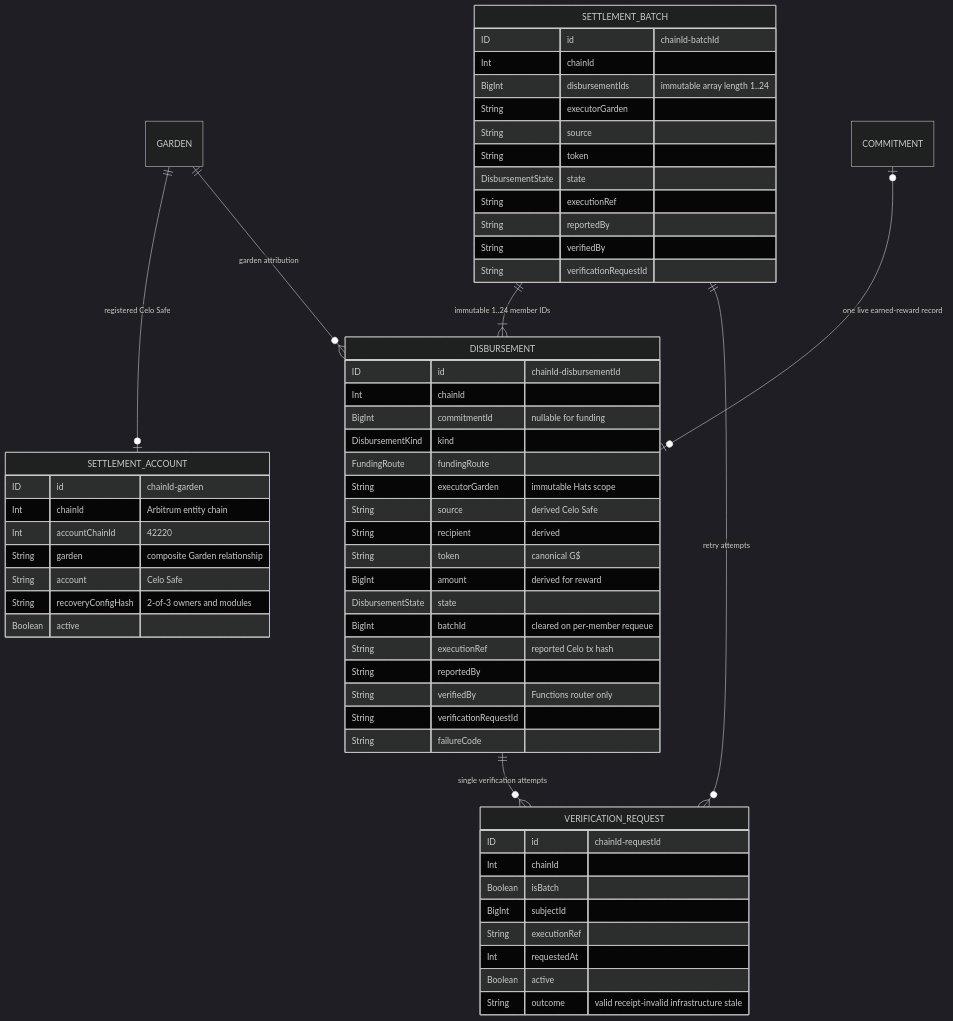
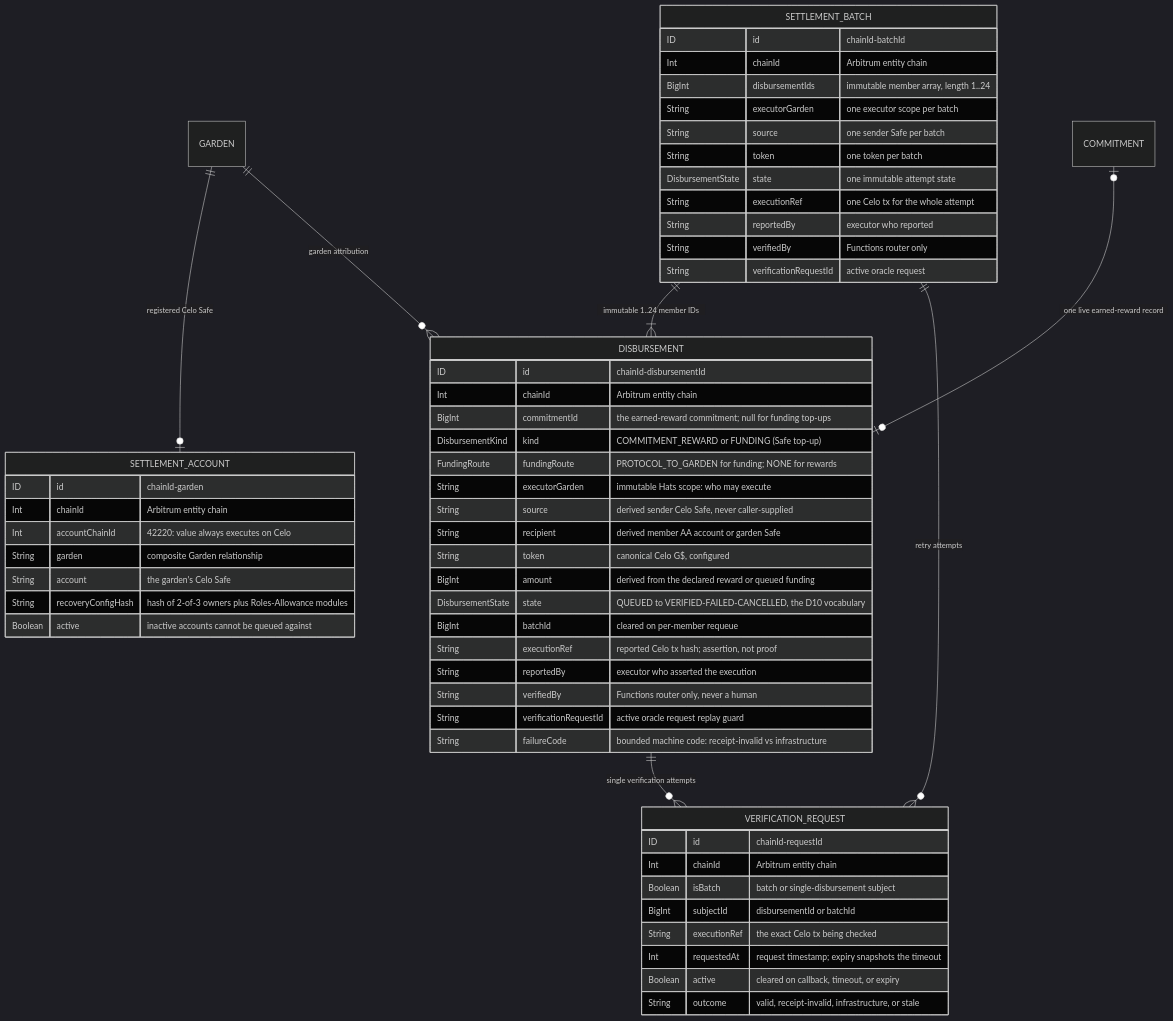
Before and after one commit to greenpill-dev-guild/green-goods: diagram 12 of 18 in .plans/active/commitment-pooling/diagrams.md, drawn with Mermaid (dark theme). The commit also changed other lines of this file and 20 other files, not shown here.

````diff
--- a/.plans/active/commitment-pooling/diagrams.md
+++ b/.plans/active/commitment-pooling/diagrams.md
@@ -474,61 +584,61 @@
 ```mermaid
 erDiagram
   GARDEN ||--o| SETTLEMENT_ACCOUNT : "registered Celo Safe"
   GARDEN ||--o{ DISBURSEMENT : "garden attribution"
   COMMITMENT |o--o| DISBURSEMENT : "one live earned-reward record"
   SETTLEMENT_BATCH ||--|{ DISBURSEMENT : "immutable 1..24 member IDs"
   SETTLEMENT_BATCH ||--o{ VERIFICATION_REQUEST : "retry attempts"
   DISBURSEMENT ||--o{ VERIFICATION_REQUEST : "single verification attempts"
 
   SETTLEMENT_ACCOUNT {
     ID id "chainId-garden"
     Int chainId "Arbitrum entity chain"
-    Int accountChainId "42220"
+    Int accountChainId "42220: value always executes on Celo"
     String garden "composite Garden relationship"
-    String account "Celo Safe"
-    String recoveryConfigHash "2-of-3 owners and modules"
-    Boolean active
+    String account "the garden's Celo Safe"
+    String recoveryConfigHash "hash of 2-of-3 owners plus Roles-Allowance modules"
+    Boolean active "inactive accounts cannot be queued against"
   }
   DISBURSEMENT {
     ID id "chainId-disbursementId"
-    Int chainId
-    BigInt commitmentId "nullable for funding"
-    DisbursementKind kind
-    FundingRoute fundingRoute
-    String executorGarden "immutable Hats scope"
-    String source "derived Celo Safe"
-    String recipient "derived"
-    String token "canonical G$"
-    BigInt amount "derived for reward"
-    DisbursementState state
+    Int chainId "Arbitrum entity chain"
+    BigInt commitmentId "the earned-reward commitment; null for funding top-ups"
+    DisbursementKind kind "COMMITMENT_REWARD or FUNDING (Safe top-up)"
+    FundingRoute fundingRoute "PROTOCOL_TO_GARDEN for funding; NONE for rewards"
+    String executorGarden "immutable Hats scope: who may execute"
+    String source "derived sender Celo Safe, never caller-supplied"
+    String recipient "derived member AA account or garden Safe"
+    String token "canonical Celo G$, configured"
+    BigInt amount "derived from the declared reward or queued funding"
+    DisbursementState state "QUEUED to VERIFIED-FAILED-CANCELLED, the D10 vocabulary"
     BigInt batchId "cleared on per-member requeue"
-    String executionRef "reported Celo tx hash"
-    String reportedBy
-    String verifiedBy "Functions router only"
-    String verificationRequestId
-    String failureCode
+    String executionRef "reported Celo tx hash; assertion, not proof"
+    String reportedBy "executor who asserted the execution"
+    String verifiedBy "Functions router only, never a human"
+    String verificationRequestId "active oracle request replay guard"
+    String failureCode "bounded machine code: receipt-invalid vs infrastructure"
   }
   SETTLEMENT_BATCH {
     ID id "chainId-batchId"
-    Int chainId
-    BigInt disbursementIds "immutable array length 1..24"
-    String executorGarden
-    String source
-    String token
-    DisbursementState state
-    String executionRef
-    String reportedBy
-    String verifiedBy
-    String verificationRequestId
+    Int chainId "Arbitrum entity chain"
+    BigInt disbursementIds "immutable member array, length 1..24"
+    String executorGarden "one executor scope per batch"
+    String source "one sender Safe per batch"
+    String token "one token per batch"
+    DisbursementState state "one immutable attempt state"
+    String executionRef "one Celo tx for the whole attempt"
+    String reportedBy "executor who reported"
+    String verifiedBy "Functions router only"
+    String verificationRequestId "active oracle request"
   }
   VERIFICATION_REQUEST {
     ID id "chainId-requestId"
-    Int chainId
-    Boolean isBatch
-    BigInt subjectId
-    String executionRef
-    Int requestedAt
-    Boolean active
-    String outcome "valid receipt-invalid infrastructure stale"
+    Int chainId "Arbitrum entity chain"
+    Boolean isBatch "batch or single-disbursement subject"
+    BigInt subjectId "disbursementId or batchId"
+    String executionRef "the exact Celo tx being checked"
+    Int requestedAt "request timestamp; expiry snapshots the timeout"
+    Boolean active "cleared on callback, timeout, or expiry"
+    String outcome "valid, receipt-invalid, infrastructure, or stale"
   }
 ```
````
